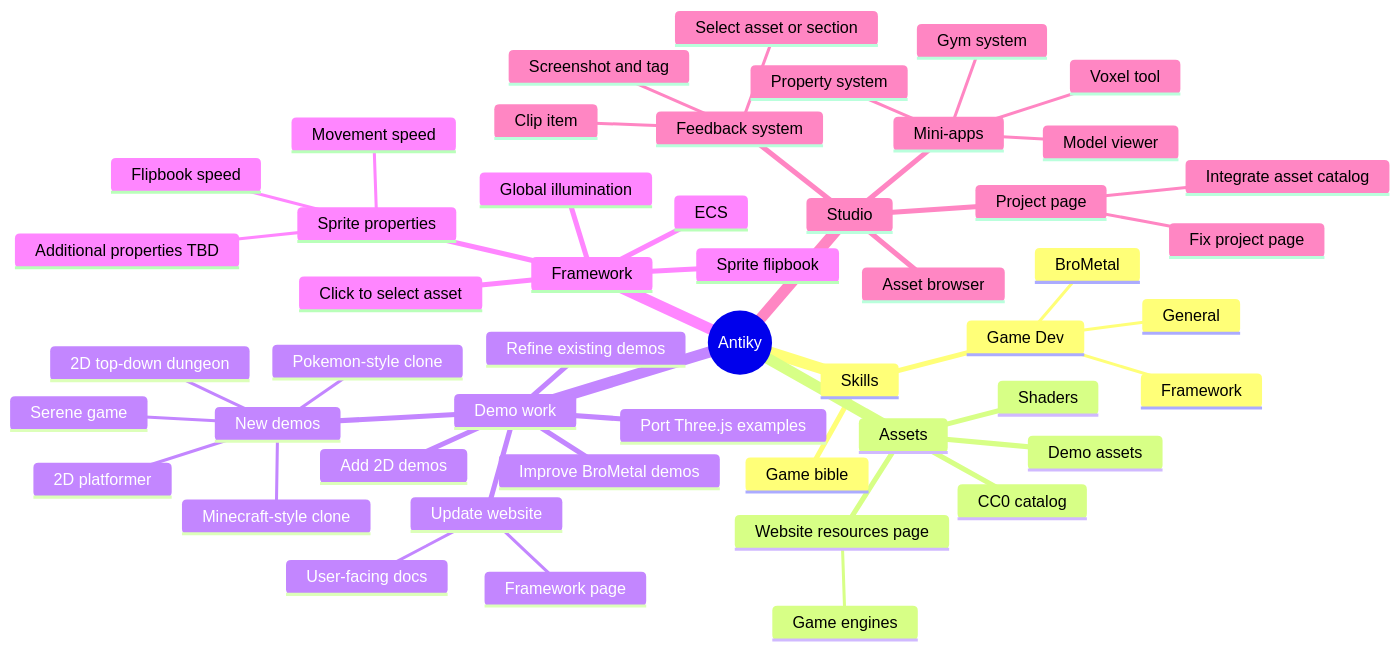
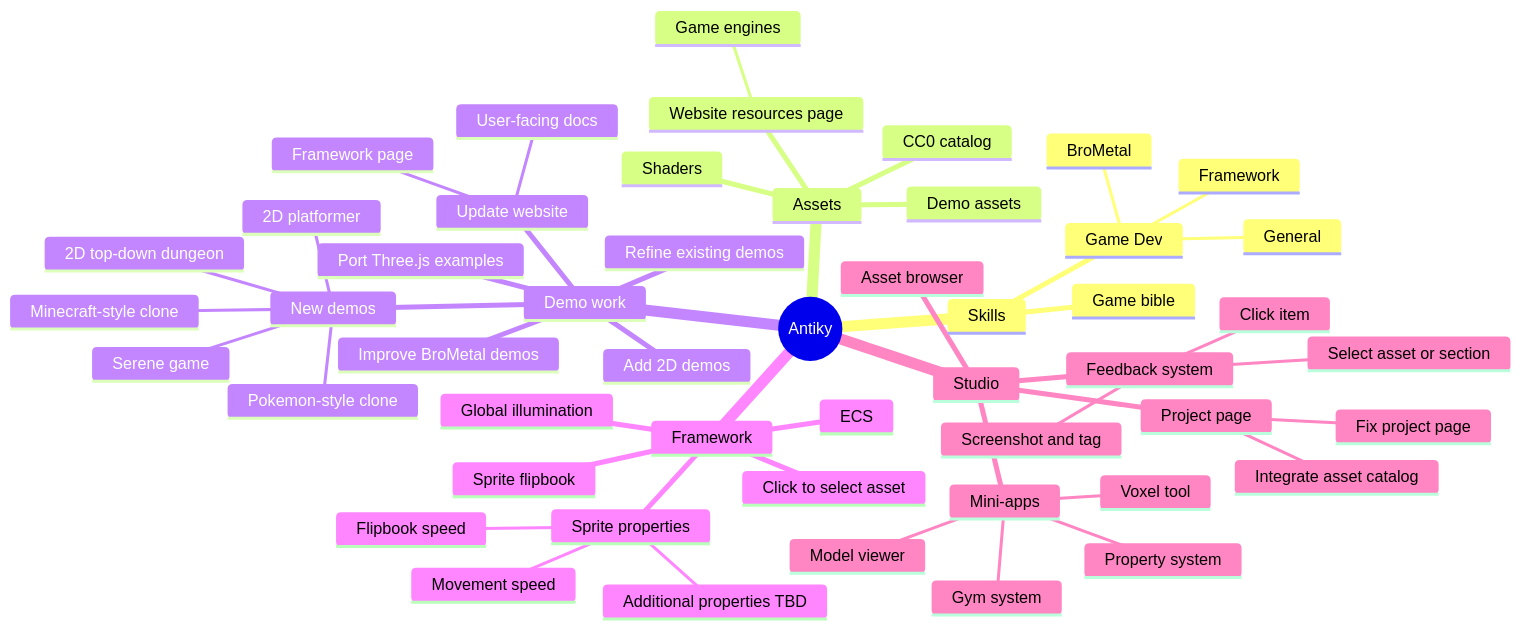
The diagram in docs/objectives/AntikyProjectPlanning/mindmap.md (antikylabs/antiky), drawn with Mermaid before and after one commit. The commit also changed other lines of this file, not shown here.

````diff
--- a/docs/objectives/AntikyProjectPlanning/mindmap.md
+++ b/docs/objectives/AntikyProjectPlanning/mindmap.md
@@ -3,63 +3,63 @@
 ```mermaid
 mindmap
   root((Antiky))
 
 
     Skills
       Game Dev
         General
         BroMetal
         Framework
       Game bible
 
 
     Assets
       Website resources page
         Game engines
       CC0 catalog
       Demo assets
       Shaders
 
 
     Demo work
       Refine existing demos
       Update website
         Framework page
         User-facing docs
       Port Three.js examples
       Add 2D demos
       Improve BroMetal demos
       New demos
         2D platformer
         2D top-down dungeon
         Pokemon-style clone
         Minecraft-style clone
         Serene game
 
 
     Framework
       Sprite flipbook
       ECS
       Global illumination
       Click to select asset
       Sprite properties
         Flipbook speed
         Movement speed
         Additional properties TBD
 
 
     Studio
       Asset browser
       Mini-apps
         Property system
         Model viewer
         Gym system
         Voxel tool
       Project page
         Fix project page
         Integrate asset catalog
       Feedback system
-        Clip item
+        Click item
         Screenshot and tag
         Select asset or section
 ```
````
